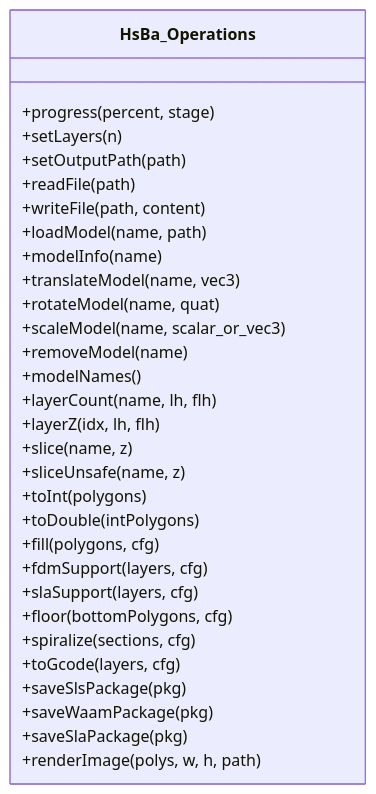
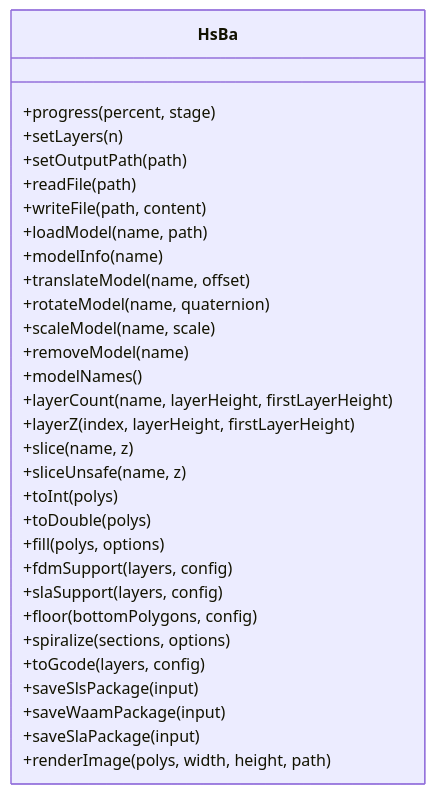
The fourth of 6 diagrams in .qoder/repowiki/en/content/Lua Scripting System/Lua Scripting System.md (hsmbanlance/HsBaSlicer), drawn with Mermaid before and after one commit. The commit also changed other lines of this file and 1135 other files, not shown here.

````diff
--- a/.qoder/repowiki/en/content/Lua Scripting System/Lua Scripting System.md
+++ b/.qoder/repowiki/en/content/Lua Scripting System/Lua Scripting System.md
@@ -225,33 +252,33 @@
 ```mermaid
 classDiagram
-class HsBa_Operations {
+class HsBa {
 +progress(percent, stage)
 +setLayers(n)
 +setOutputPath(path)
 +readFile(path)
 +writeFile(path, content)
 +loadModel(name, path)
 +modelInfo(name)
-+translateModel(name, vec3)
-+rotateModel(name, quat)
-+scaleModel(name, scalar_or_vec3)
++translateModel(name, offset)
++rotateModel(name, quaternion)
++scaleModel(name, scale)
 +removeModel(name)
 +modelNames()
-+layerCount(name, lh, flh)
-+layerZ(idx, lh, flh)
++layerCount(name, layerHeight, firstLayerHeight)
++layerZ(index, layerHeight, firstLayerHeight)
 +slice(name, z)
 +sliceUnsafe(name, z)
-+toInt(polygons)
-+toDouble(intPolygons)
-+fill(polygons, cfg)
-+fdmSupport(layers, cfg)
-+slaSupport(layers, cfg)
-+floor(bottomPolygons, cfg)
-+spiralize(sections, cfg)
-+toGcode(layers, cfg)
-+saveSlsPackage(pkg)
-+saveWaamPackage(pkg)
-+saveSlaPackage(pkg)
-+renderImage(polys, w, h, path)
++toInt(polys)
++toDouble(polys)
++fill(polys, options)
++fdmSupport(layers, config)
++slaSupport(layers, config)
++floor(bottomPolygons, config)
++spiralize(sections, options)
++toGcode(layers, config)
++saveSlsPackage(input)
++saveWaamPackage(input)
++saveSlaPackage(input)
++renderImage(polys, width, height, path)
 }
 ```
````
